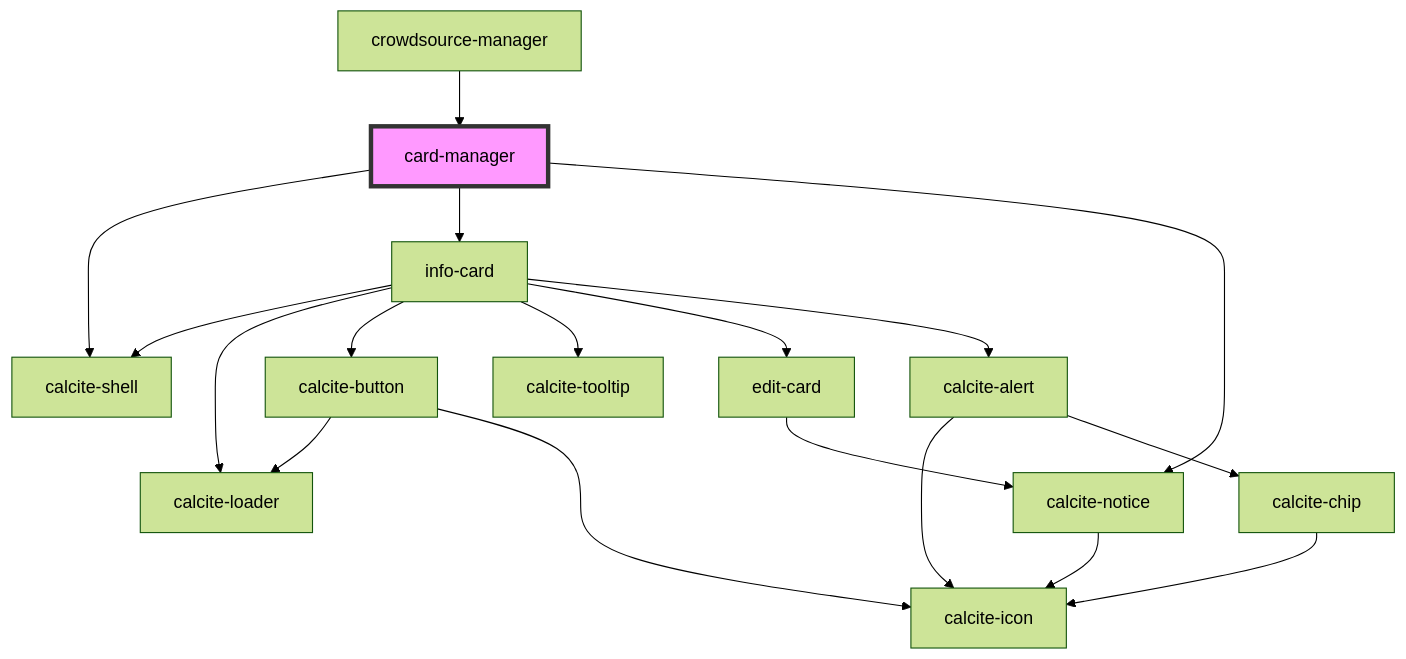
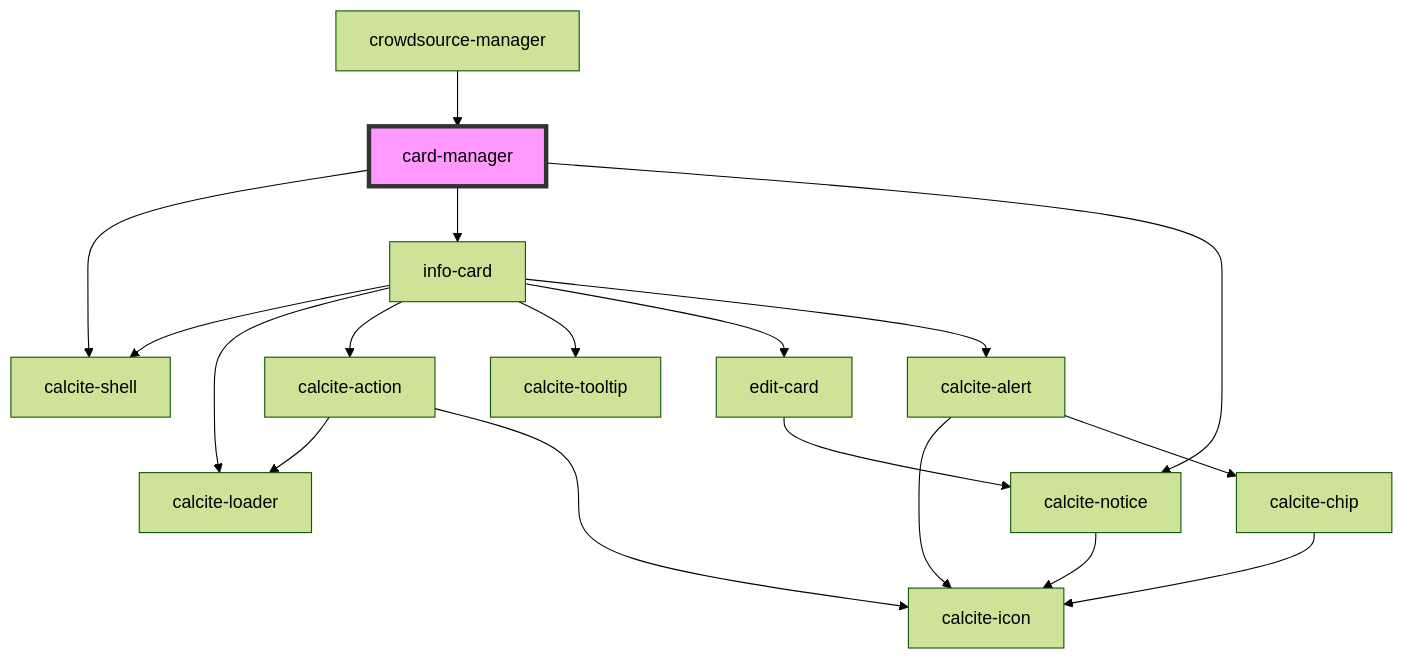
Before and after one commit to Esri/solutions-components: the diagram in src/components/card-manager/readme.md, drawn with Mermaid (forest theme). The commit also changed 4 other files, not shown here.

````diff
--- a/src/components/card-manager/readme.md
+++ b/src/components/card-manager/readme.md
@@ -30,21 +30,21 @@
 ```mermaid
 graph TD;
   card-manager --> calcite-shell
   card-manager --> info-card
   card-manager --> calcite-notice
   info-card --> calcite-shell
   info-card --> calcite-loader
-  info-card --> calcite-button
+  info-card --> calcite-action
   info-card --> calcite-tooltip
   info-card --> edit-card
   info-card --> calcite-alert
-  calcite-button --> calcite-loader
-  calcite-button --> calcite-icon
+  calcite-action --> calcite-loader
+  calcite-action --> calcite-icon
   edit-card --> calcite-notice
   calcite-notice --> calcite-icon
   calcite-alert --> calcite-icon
   calcite-alert --> calcite-chip
   calcite-chip --> calcite-icon
   crowdsource-manager --> card-manager
   style card-manager fill:#f9f,stroke:#333,stroke-width:4px
 ```
````
